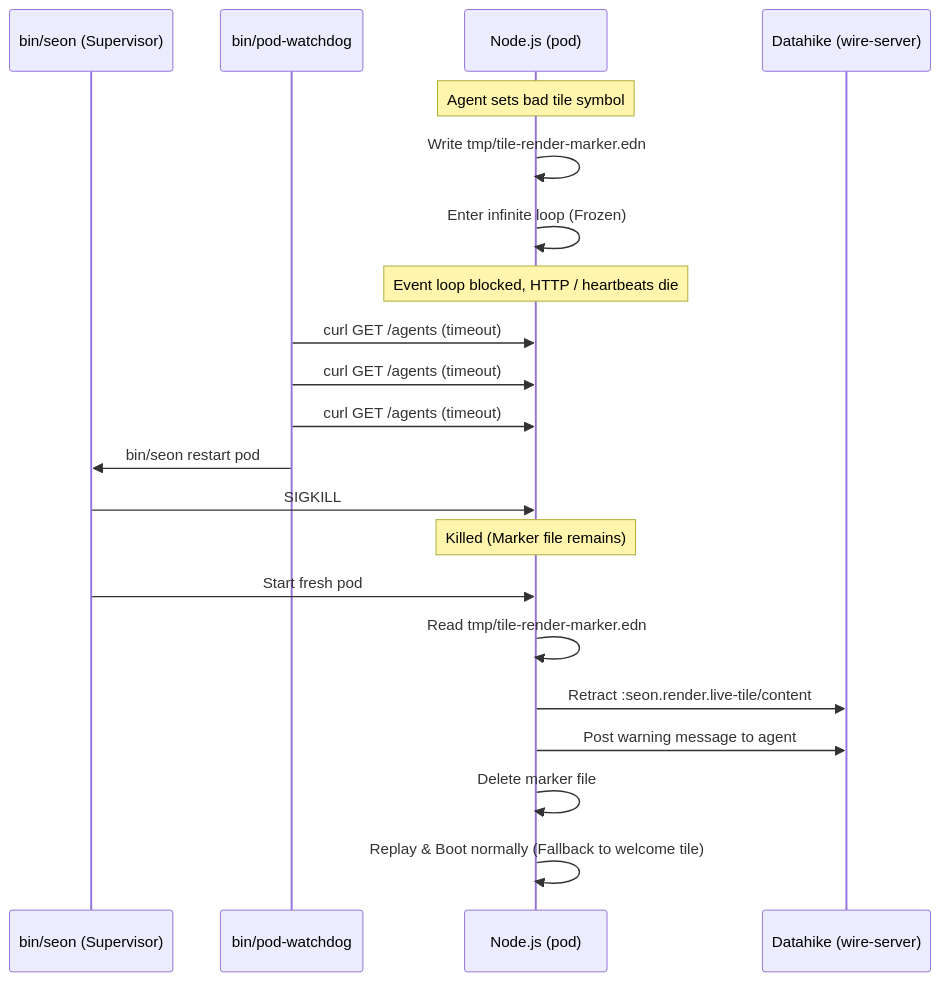
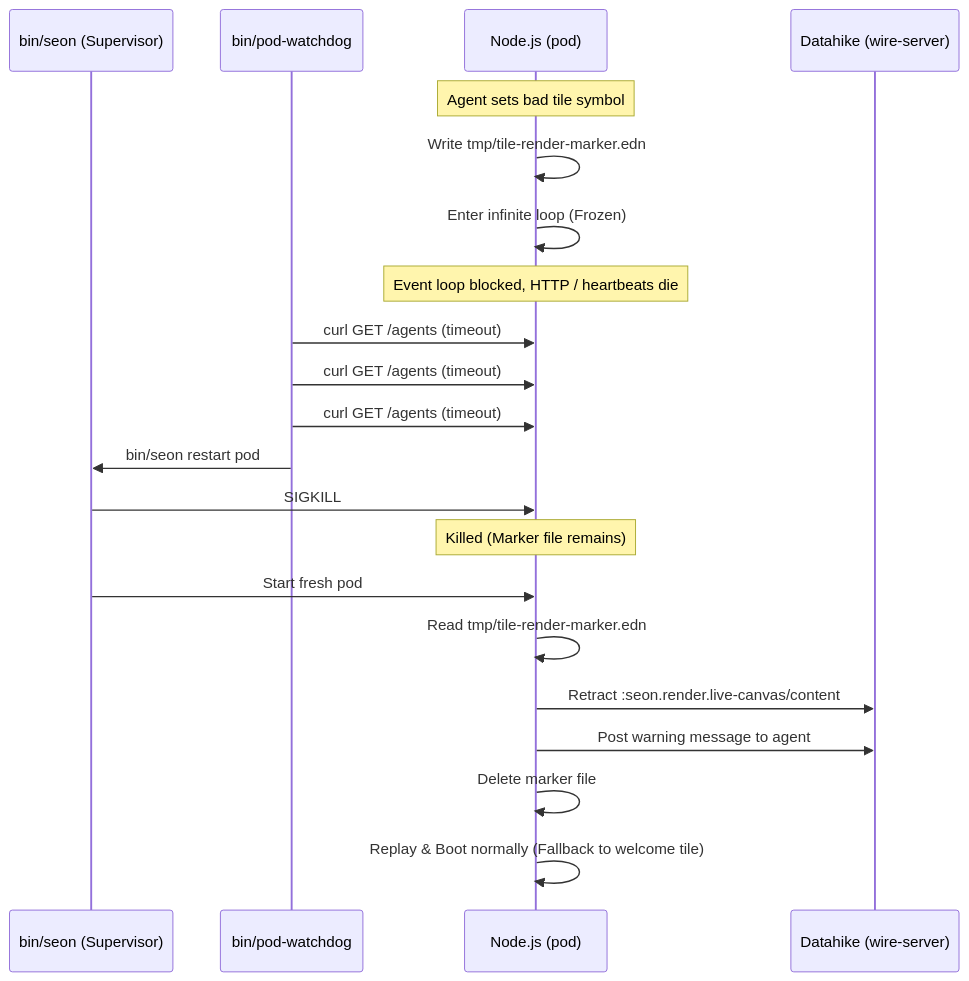
One commit to seantempesta/seon changed the diagram in docs/prds/agent-runtime/research/tile-lockup-safety-2026-06-21.md. Above: the diagram before and after it, drawn with Mermaid. The commit also changed other lines of this file and 204 other files, not shown here.

````diff
--- a/docs/prds/agent-runtime/research/tile-lockup-safety-2026-06-21.md
+++ b/docs/prds/agent-runtime/research/tile-lockup-safety-2026-06-21.md
@@ -33,24 +33,24 @@
 ```mermaid
 sequenceDiagram
     participant S as bin/seon (Supervisor)
     participant W as bin/pod-watchdog
     participant P as Node.js (pod)
     participant DB as Datahike (wire-server)
     
     Note over P: Agent sets bad tile symbol
     P->>P: Write tmp/tile-render-marker.edn
     P->>P: Enter infinite loop (Frozen)
     Note over P: Event loop blocked, HTTP / heartbeats die
     W->>P: curl GET /agents (timeout)
     W->>P: curl GET /agents (timeout)
     W->>P: curl GET /agents (timeout)
     W->>S: bin/seon restart pod
     S->>P: SIGKILL
     Note over P: Killed (Marker file remains)
     S->>P: Start fresh pod
     P->>P: Read tmp/tile-render-marker.edn
-    P->>DB: Retract :seon.render.live-tile/content
+    P->>DB: Retract :seon.render.live-canvas/content
     P->>DB: Post warning message to agent
     P->>P: Delete marker file
     P->>P: Replay & Boot normally (Fallback to welcome tile)
 ```
````
